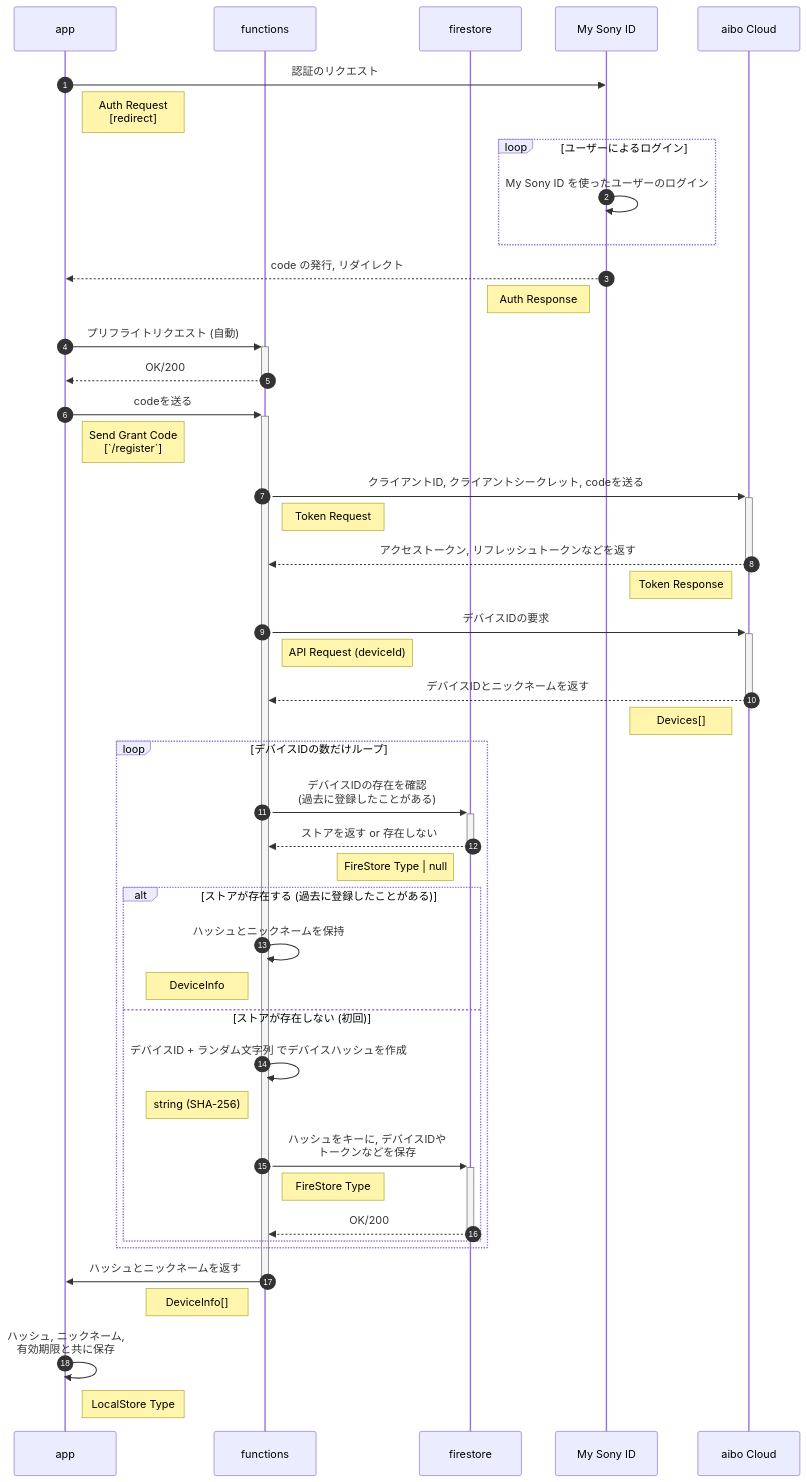
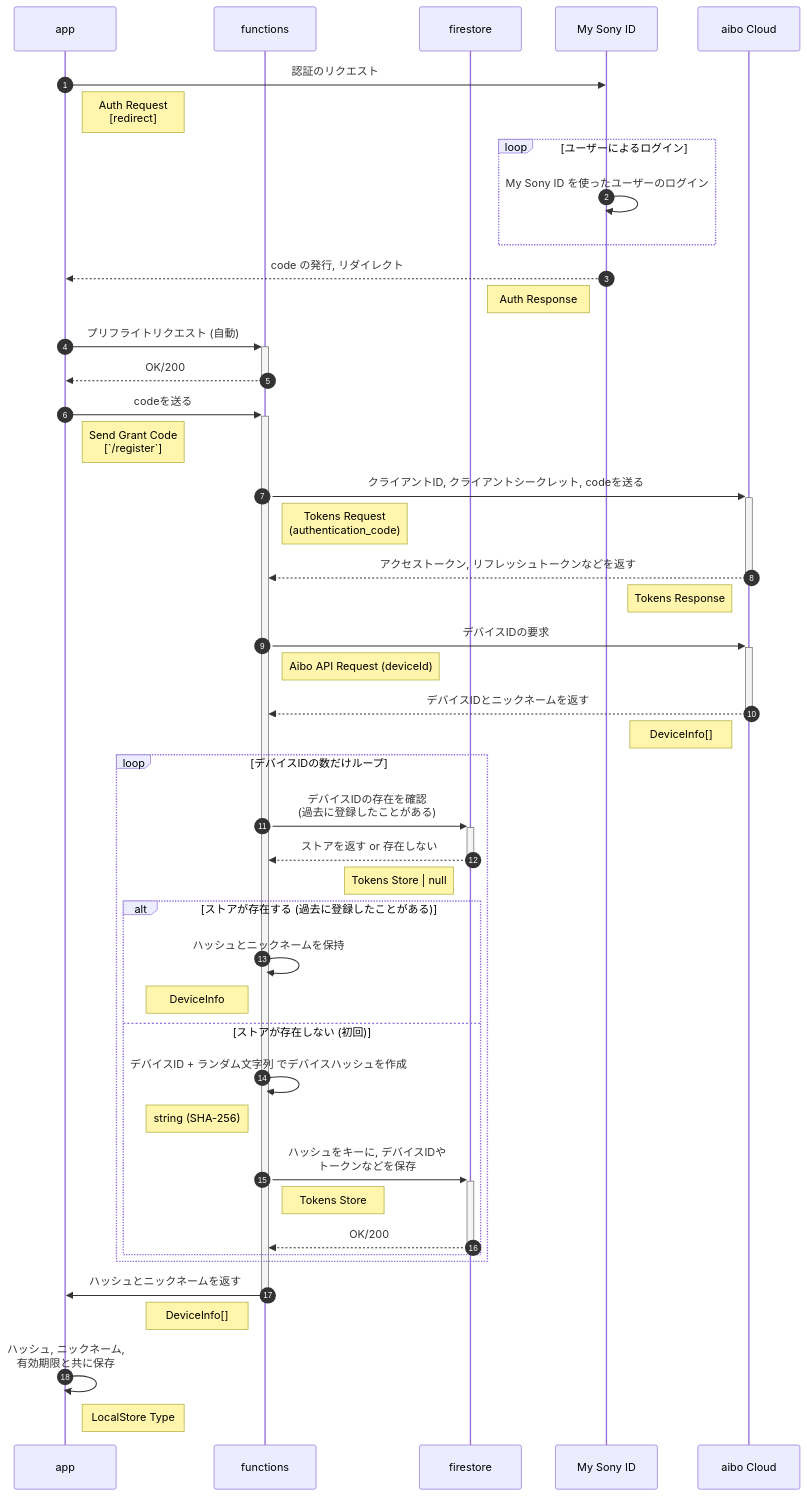
One commit to misc-org/aibo-de-quiz changed the first of 4 diagrams in README.md. Above: the diagram before and after it, drawn with Mermaid. The commit also changed other lines of this file, not shown here.

Commit message:
📝 シーケンス図更新

````diff
--- a/README.md
+++ b/README.md
@@ -23,62 +23,62 @@
 ```mermaid
 sequenceDiagram
   autonumber
 	participant app
 	participant functions
 	participant firestore
 	participant My Sony ID
   participant aibo Cloud
 
 	app ->> My Sony ID: 認証のリクエスト
   Note right of app: Auth Request <br /> [redirect]
 
   loop ユーザーによるログイン
     My Sony ID ->> My Sony ID: My Sony ID を使ったユーザーのログイン
   end
 
   My Sony ID -->> app: code の発行, リダイレクト
   Note left of My Sony ID: Auth Response
 
   app ->>+ functions: プリフライトリクエスト (自動)
   functions -->>- app: OK/200
 
   app ->>+ functions: codeを送る
   Note right of app: Send Grant Code <br /> [`/register`]
 
   functions ->>+ aibo Cloud: クライアントID, クライアントシークレット, codeを送る
-  Note right of functions: Token Request
+  Note right of functions: Tokens Request <br /> (authentication_code)
 
   aibo Cloud -->>- functions: アクセストークン, リフレッシュトークンなどを返す
-  Note left of aibo Cloud: Token Response
+  Note left of aibo Cloud: Tokens Response
 
   functions ->>+ aibo Cloud: デバイスIDの要求
-  Note right of functions: API Request (deviceId)
+  Note right of functions: Aibo API Request (deviceId)
 
   aibo Cloud -->>- functions: デバイスIDとニックネームを返す
-  Note left of aibo Cloud: Devices[]
+  Note left of aibo Cloud: DeviceInfo[]
 
   loop デバイスIDの数だけループ
 
   functions ->>+ firestore: デバイスIDの存在を確認 <br /> (過去に登録したことがある)
   firestore -->>- functions: ストアを返す or 存在しない
-  Note left of firestore: FireStore Type | null
+  Note left of firestore: Tokens Store | null
 
   alt ストアが存在する (過去に登録したことがある)
     functions ->> functions: ハッシュとニックネームを保持
     Note left of functions: DeviceInfo
 
   else ストアが存在しない (初回)
     functions ->> functions: デバイスID + ランダム文字列 でデバイスハッシュを作成
     Note left of functions: string (SHA-256)
 
     functions ->>+ firestore: ハッシュをキーに, デバイスIDや<br />トークンなどを保存
-    Note right of functions: FireStore Type
+    Note right of functions: Tokens Store
     firestore -->>- functions: OK/200
    end
   end
   functions ->>- app: ハッシュとニックネームを返す
   Note left of functions: DeviceInfo[]
 
   app ->> app: ハッシュ, ニックネーム,<br />有効期限と共に保存
   Note right of app: LocalStore Type
 ```
````
